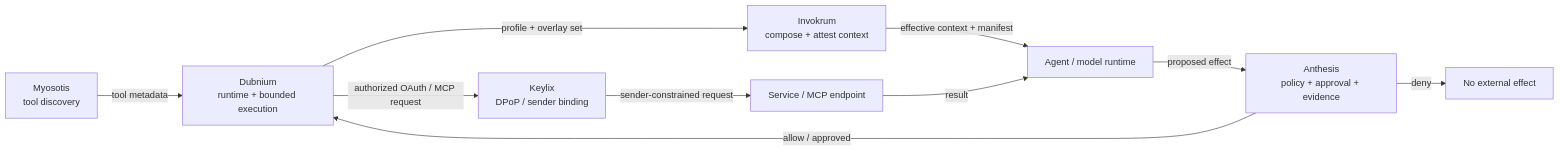
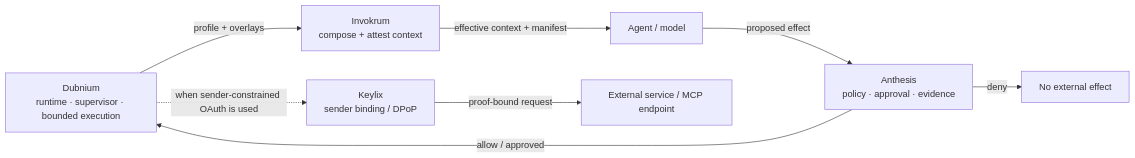
Before and after one commit to hackelia-micrantha/.github: the third of 6 diagrams in profile/README.md, drawn with Mermaid. The commit also changed other lines of this file, not shown here.

Commit message:
docs: clarify Micrantha ecosystem architecture

````diff
--- a/profile/README.md
+++ b/profile/README.md
@@ -174,12 +100,18 @@
 ```mermaid
 flowchart LR
-  Y["Myosotis<br/>tool discovery"] -->|tool metadata| DB["Dubnium<br/>runtime + bounded execution"]
-  DB -->|profile + overlay set| I["Invokrum<br/>compose + attest context"]
-  I -->|effective context + manifest| R["Agent / model runtime"]
-  R -->|proposed effect| A["Anthesis<br/>policy + approval + evidence"]
-  A -->|deny| N["No external effect"]
-  A -->|allow / approved| DB
-  DB -->|authorized OAuth / MCP request| K["Keylix<br/>DPoP / sender binding"]
-  K -->|sender-constrained request| S["Service / MCP endpoint"]
-  S -->|result| R
+  D["Dubnium<br/>runtime · supervisor · bounded execution"]
+  I["Invokrum<br/>compose + attest context"]
+  R["Agent / model"]
+  A["Anthesis<br/>policy · approval · evidence"]
+  K["Keylix<br/>sender binding / DPoP"]
+  S["External service / MCP endpoint"]
+  N["No external effect"]
+
+  D -->|profile + overlays| I
+  I -->|effective context + manifest| R
+  R -->|proposed effect| A
+  A -->|deny| N
+  A -->|allow / approved| D
+  D -.->|when sender-constrained OAuth is used| K
+  K -->|proof-bound request| S
 ```
````
